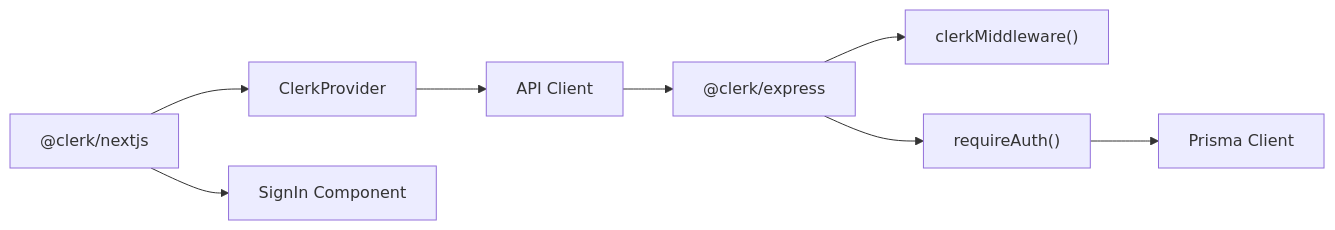
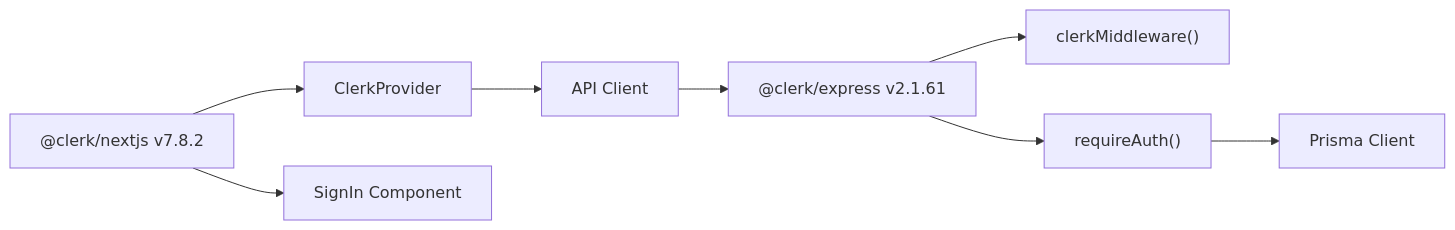
The third of 3 diagrams in .qoder/repowiki/en/content/Authentication & Authorization/Authentication & Authorization.md (ZandileMkontwana/olympiad-portal), drawn with Mermaid before and after one commit. The commit also changed other lines of this file and 5 other files, not shown here.

````diff
--- a/.qoder/repowiki/en/content/Authentication & Authorization/Authentication & Authorization.md
+++ b/.qoder/repowiki/en/content/Authentication & Authorization/Authentication & Authorization.md
@@ -235,10 +245,10 @@
 ```mermaid
 graph LR
-Frontend["@clerk/nextjs"] --> Layout["ClerkProvider"]
+Frontend["@clerk/nextjs v7.8.2"] --> Layout["ClerkProvider"]
 Frontend --> Login["SignIn Component"]
-Backend["@clerk/express"] --> Index["clerkMiddleware()"]
+Backend["@clerk/express v2.1.61"] --> Index["clerkMiddleware()"]
 Backend --> Routes["requireAuth()"]
 Routes --> Prisma["Prisma Client"]
 Layout --> API["API Client"]
 API --> Backend
 ```
````
